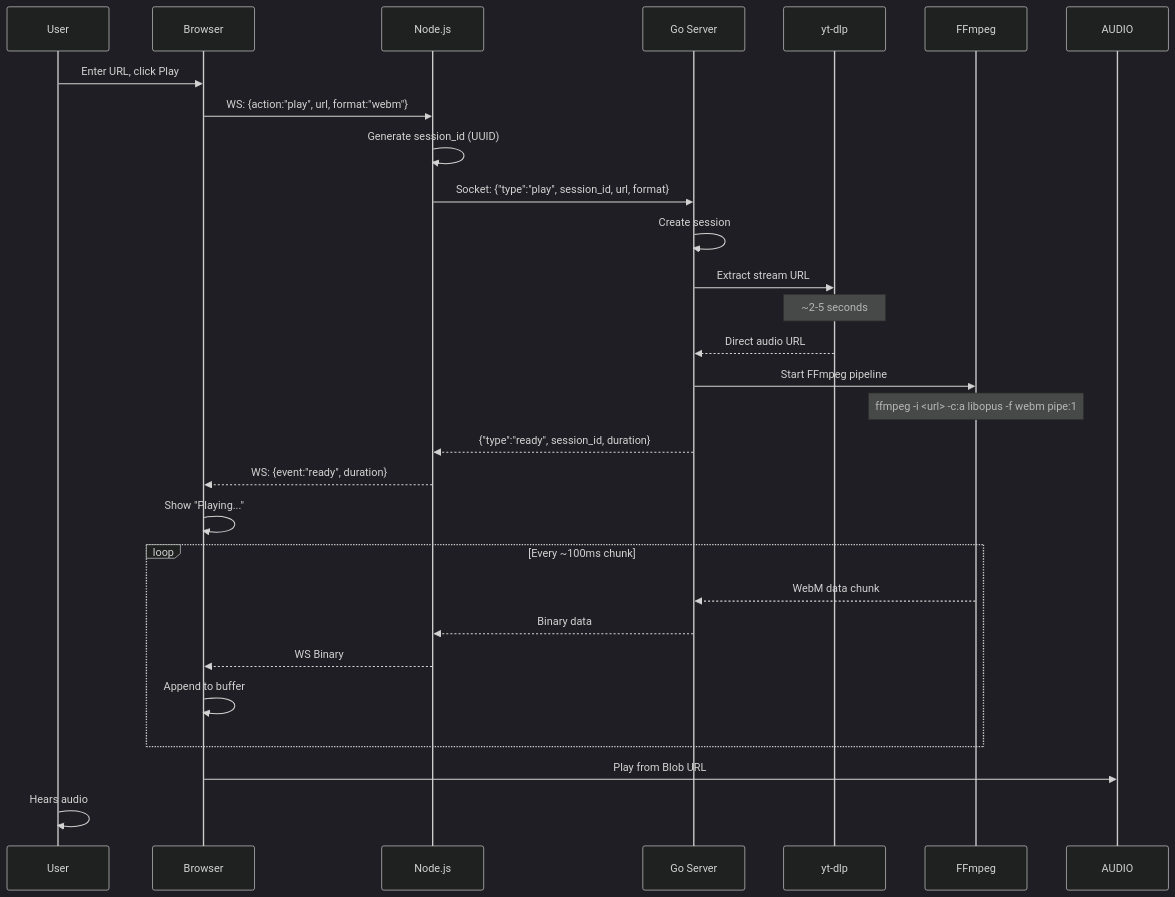
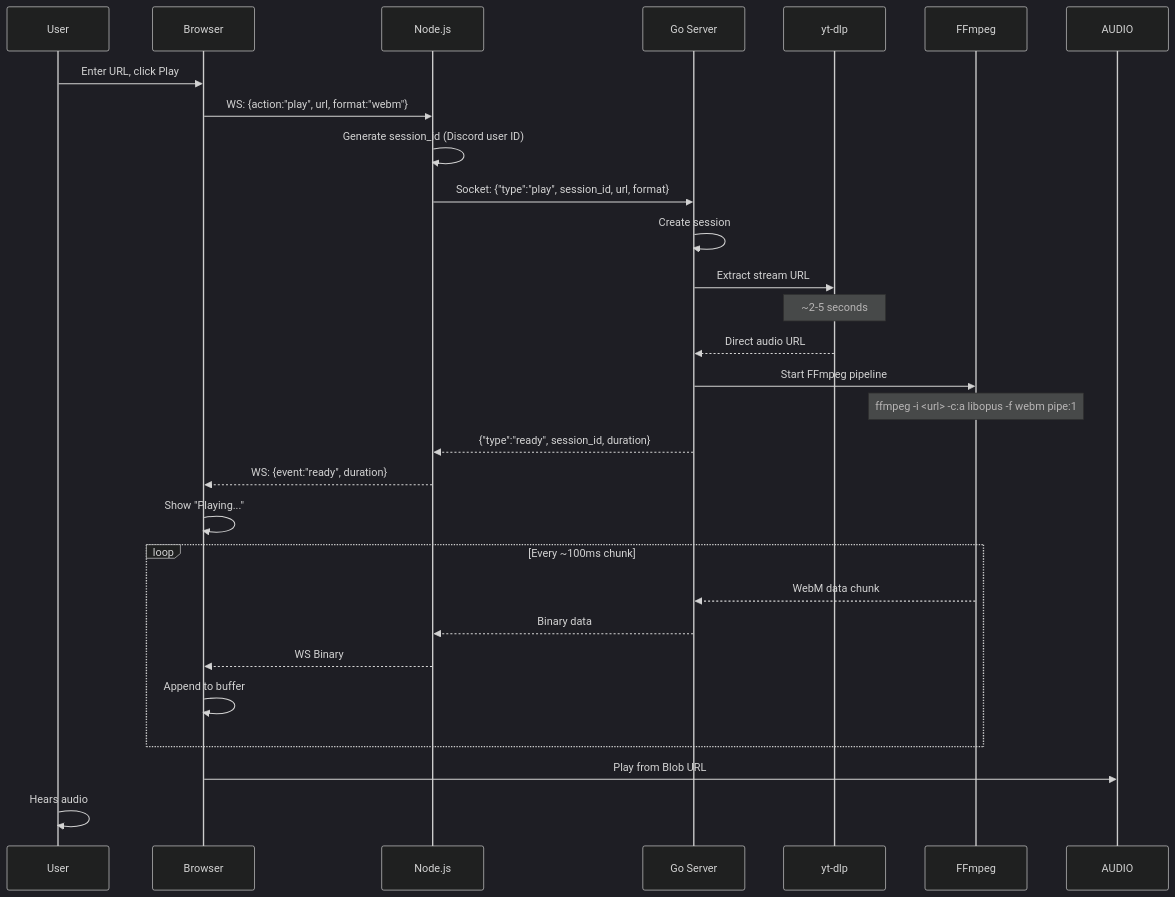
One commit to thewind121212/natashi changed the second of 10 diagrams in docs/plans/adr-20260202-audio-test-playground/diagrams.md. Above: the diagram before and after it, drawn with Mermaid (dark theme). The commit also changed other lines of this file and 8 other files, not shown here.

````diff
--- a/docs/plans/adr-20260202-audio-test-playground/diagrams.md
+++ b/docs/plans/adr-20260202-audio-test-playground/diagrams.md
@@ -57,35 +57,35 @@
 ```mermaid
 sequenceDiagram
     participant U as User
     participant B as Browser
     participant N as Node.js
     participant G as Go Server
     participant Y as yt-dlp
     participant F as FFmpeg
 
     U->>B: Enter URL, click Play
     B->>N: WS: {action:"play", url, format:"webm"}
-    N->>N: Generate session_id (UUID)
+    N->>N: Generate session_id (Discord user ID)
     N->>G: Socket: {"type":"play", session_id, url, format}
 
     G->>G: Create session
     G->>Y: Extract stream URL
     Note over Y: ~2-5 seconds
     Y-->>G: Direct audio URL
 
     G->>F: Start FFmpeg pipeline
     Note over F: ffmpeg -i <url> -c:a libopus -f webm pipe:1
     G-->>N: {"type":"ready", session_id, duration}
     N-->>B: WS: {event:"ready", duration}
     B->>B: Show "Playing..."
 
     loop Every ~100ms chunk
         F-->>G: WebM data chunk
         G-->>N: Binary data
         N-->>B: WS Binary
         B->>B: Append to buffer
     end
 
     B->>AUDIO: Play from Blob URL
     U->>U: Hears audio
 ```
````
